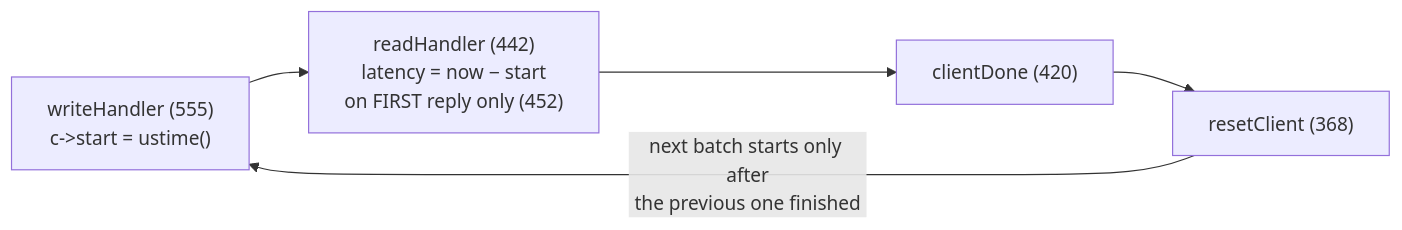
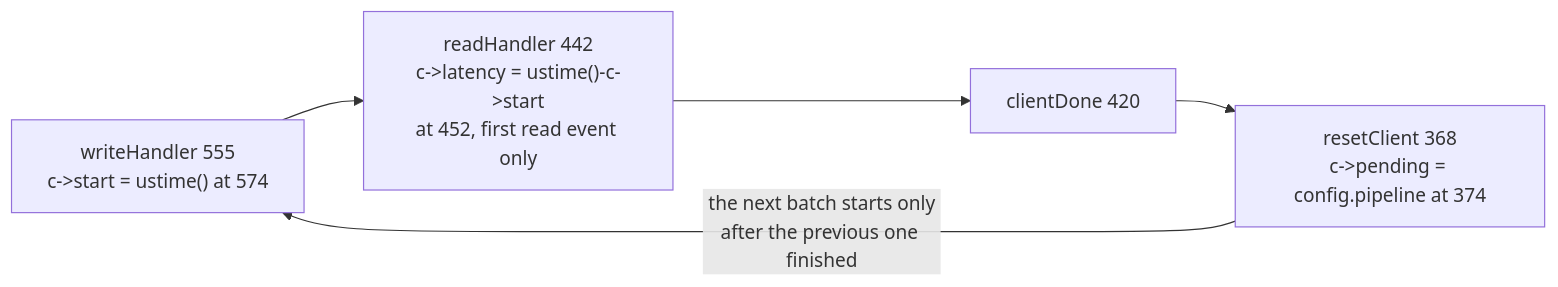
One commit to AviAvni/database-learning-path changed the diagram in topics/00-performance-toolbox/reading-redis-benchmark.md. Above: the diagram before and after it, drawn with Mermaid. The commit also changed other lines of this file and 4 other files, not shown here.

````diff
--- a/topics/00-performance-toolbox/reading-redis-benchmark.md
+++ b/topics/00-performance-toolbox/reading-redis-benchmark.md
@@ -44,7 +67,7 @@
 ```mermaid
 flowchart LR
-    W["writeHandler (555)<br/>c->start = ustime()"] --> R["readHandler (442)<br/>latency = now − start<br/>on FIRST reply only (452)"]
-    R --> D["clientDone (420)"]
-    D --> RC["resetClient (368)"]
-    RC -->|"next batch starts only after<br/>the previous one finished"| W
+    W["writeHandler 555<br/>c->start = ustime() at 574"] --> R["readHandler 442<br/>c->latency = ustime()-c->start<br/>at 452, first read event only"]
+    R --> D["clientDone 420"]
+    D --> RC["resetClient 368<br/>c->pending = config.pipeline at 374"]
+    RC -->|"the next batch starts only<br/>after the previous one finished"| W
 ```
````
